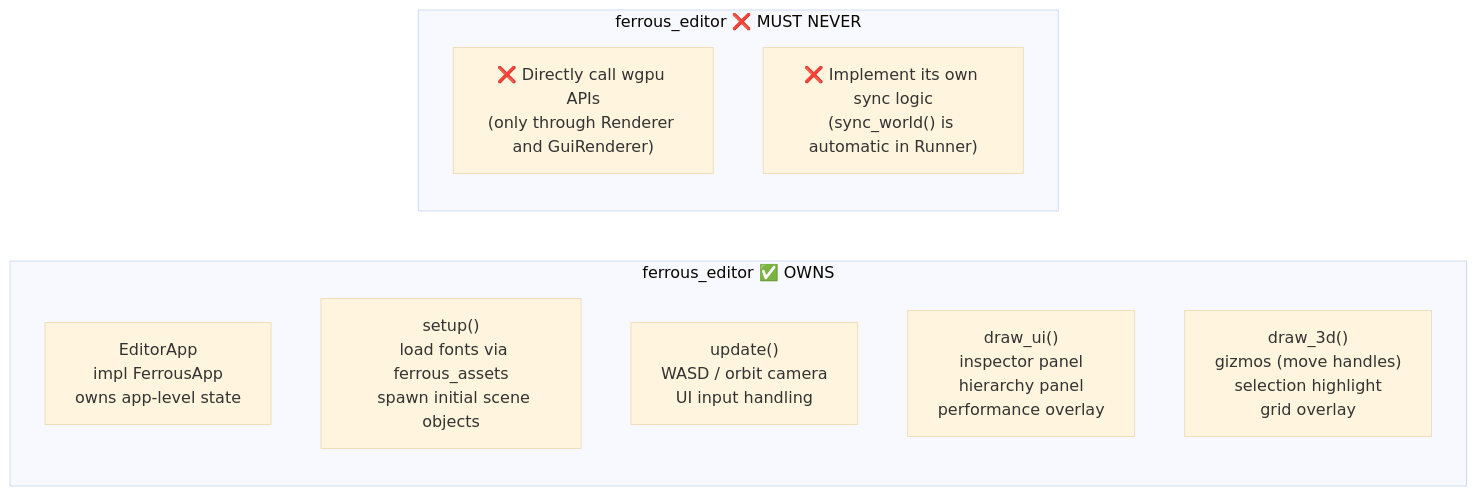
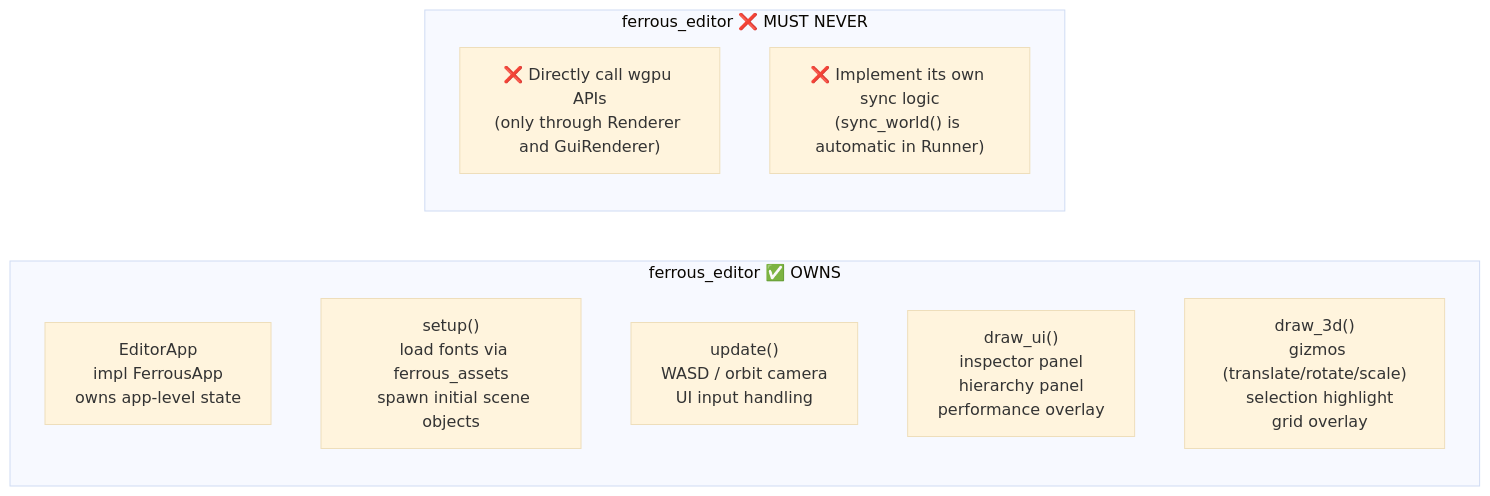
The sixth of 7 diagrams in flowmaps/crate-responsibilities.md (jvchiappini/FerrousEngine), drawn with Mermaid (base theme) before and after one commit. The commit also changed 17 other files, not shown here.

First line of the commit message:
feat(gizmo): add support for editor gizmos with rotation, translation, and scaling handles

````diff
--- a/flowmaps/crate-responsibilities.md
+++ b/flowmaps/crate-responsibilities.md
@@ -126,15 +126,15 @@
 ```mermaid
 graph LR
     subgraph "ferrous_editor  ✅ OWNS"
         ED1["EditorApp\n  impl FerrousApp\n  owns app-level state"]
         ED2["setup()\n  load fonts via ferrous_assets\n  spawn initial scene objects"]
         ED3["update()\n  WASD / orbit camera\n  UI input handling"]
         ED4["draw_ui()\n  inspector panel\n  hierarchy panel\n  performance overlay"]
-        ED5["draw_3d()\n  gizmos (move handles)\n  selection highlight\n  grid overlay"]
+        ED5["draw_3d()\n  gizmos (translate/rotate/scale)\n  selection highlight\n  grid overlay"]
     end
 
     subgraph "ferrous_editor  ❌ MUST NEVER"
         E1["❌ Directly call wgpu APIs\n(only through Renderer and GuiRenderer)"]
         E2["❌ Implement its own sync logic\n(sync_world() is automatic in Runner)"]
     end
 ```
````
